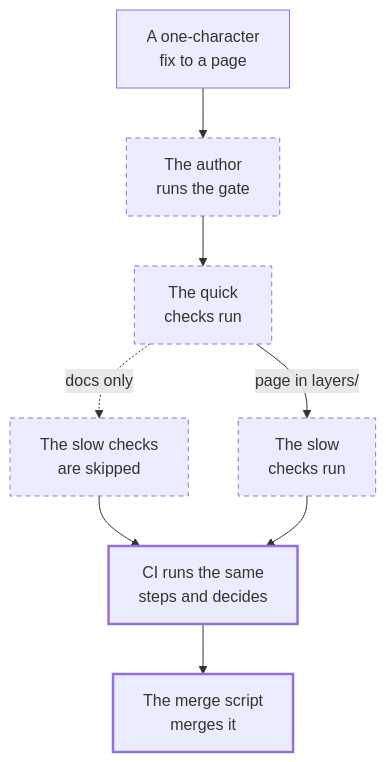
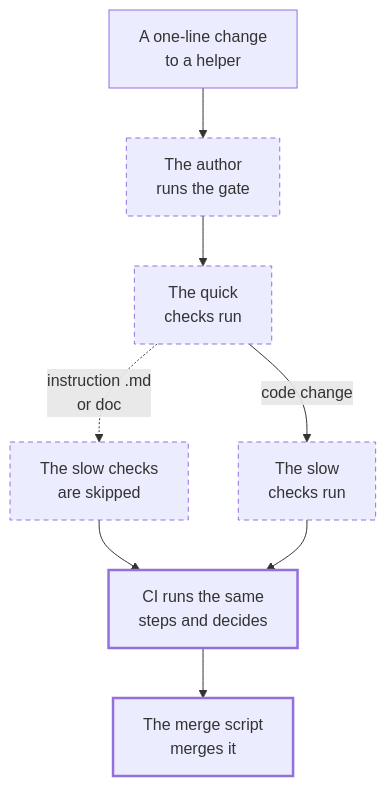
The diagram in layers/glassbox/content/guide/pages/walkthroughs/15.a-change-meets-the-gate.md (feffef/terrarium), drawn with Mermaid before and after one commit. The commit also changed other lines of this file and 3 other files, not shown here.

First line of the commit message:
Glass Box: gate walkthrough follows a code change

````diff
--- a/layers/glassbox/content/guide/pages/walkthroughs/15.a-change-meets-the-gate.md
+++ b/layers/glassbox/content/guide/pages/walkthroughs/15.a-change-meets-the-gate.md
@@ -12,14 +12,14 @@
 ```mermaid
 flowchart TD
-  fix["A one-character<br>fix to a page"] --> local["The author<br>runs the gate"]
+  fix["A one-line change<br>to a helper"] --> local["The author<br>runs the gate"]
   local --> quick["The quick<br>checks run"]
-  quick -- "page in layers/" --> slow["The slow<br>checks run"]
-  quick -. "docs only" .-> skip["The slow checks<br>are skipped"]
+  quick -- "code change" --> slow["The slow<br>checks run"]
+  quick -. "instruction .md<br>or doc" .-> skip["The slow checks<br>are skipped"]
   skip --> ci
   slow --> ci["CI runs the same<br>steps and decides"]
   ci --> merge["The merge script<br>merges it"]
   classDef byauthor stroke-dasharray:5 4
   classDef onci stroke-width:2.5px
   class local,quick,slow,skip byauthor
   class ci,merge onci
 ```
````
